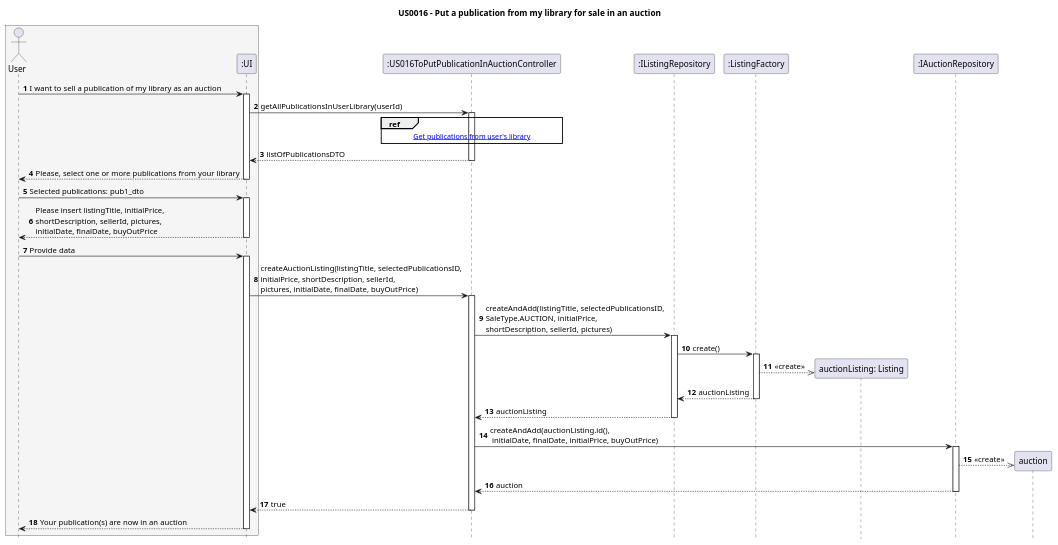
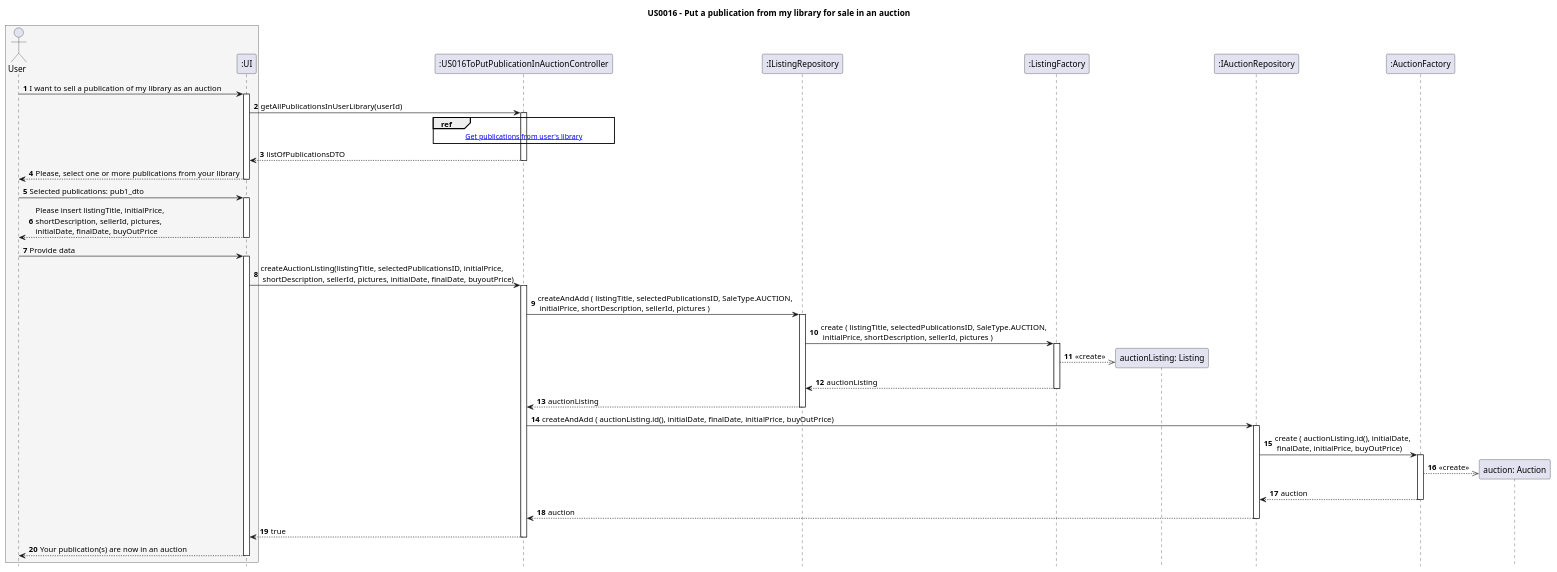
The diagram in Diagrams/SequenceDiagrams/N2/US016-to-put-for-sale-as-Auction-publication-in-my-library/1.MainDiagram.puml (AndrePereiraGitH/SWitCH-Project-Team_A), drawn with PlantUML before and after one commit. The commit also changed 3 other files, not shown here.

```diff
--- a/Diagrams/SequenceDiagrams/N2/US016-to-put-for-sale-as-Auction-publication-in-my-library/1.MainDiagram.puml
+++ b/Diagrams/SequenceDiagrams/N2/US016-to-put-for-sale-as-Auction-publication-in-my-library/1.MainDiagram.puml
@@ -1,65 +1,71 @@
 @startuml
 autonumber
 hide footbox
 title US0016 - Put a publication from my library for sale in an auction
 
 box #whitesmoke
     actor User
     participant ":UI" as UI
 end box
 
 participant ":US016ToPutPublicationInAuctionController" as ctrl
 participant ":IListingRepository" as ListingRepo
 participant ":ListingFactory" as listingFactory
 participant "auctionListing: Listing" as auctionListing
 
 participant ":IAuctionRepository" as AucRepo
+participant ":AuctionFactory" as aucFactory
+participant "auction: Auction" as auction
 
 User -> UI : I want to sell a publication of my library as an auction
 activate UI
 
 UI -> ctrl : getAllPublicationsInUserLibrary(userId)
 activate ctrl
 
 ref over ctrl
 [[2.GetAllPublicationsInUserLibrary.puml Get publications from user's library]]
 end ref
 
 ctrl --> UI : listOfPublicationsDTO
 deactivate ctrl
 
 UI --> User : Please, select one or more publications from your library
 deactivate UI
 
 User -> UI : Selected publications: pub1_dto
 activate UI
 UI --> User : Please insert listingTitle, initialPrice,\nshortDescription, sellerId, pictures,\ninitialDate, finalDate, buyOutPrice
 deactivate UI
 
 User -> UI : Provide data
 activate UI
-UI -> ctrl : createAuctionListing(listingTitle, selectedPublicationsID,\ninitialPrice, shortDescription, sellerId,\npictures, initialDate, finalDate, buyOutPrice)
+UI -> ctrl : createAuctionListing(listingTitle, selectedPublicationsID, initialPrice, \n shortDescription, sellerId, pictures, initialDate, finalDate, buyoutPrice)
 activate ctrl
 
-ctrl -> ListingRepo : createAndAdd(listingTitle, selectedPublicationsID,\nSaleType.AUCTION, initialPrice,\nshortDescription, sellerId, pictures)
+ctrl -> ListingRepo : createAndAdd ( listingTitle, selectedPublicationsID, SaleType.AUCTION,\n initialPrice, shortDescription, sellerId, pictures )
 activate ListingRepo
-ListingRepo -> listingFactory : create()
+ListingRepo -> listingFactory : create ( listingTitle, selectedPublicationsID, SaleType.AUCTION,\n initialPrice, shortDescription, sellerId, pictures )
 activate listingFactory
 listingFactory -->> auctionListing** : <<create>>
 listingFactory --> ListingRepo : auctionListing
 deactivate listingFactory
 ListingRepo --> ctrl : auctionListing
 deactivate ListingRepo
 
-ctrl -> AucRepo : createAndAdd(auctionListing.id(),\n initialDate, finalDate, initialPrice, buyOutPrice)
+ctrl -> AucRepo : createAndAdd ( auctionListing.id(), initialDate, finalDate, initialPrice, buyOutPrice)
 activate AucRepo
-AucRepo -->> auction** : <<create>>
+AucRepo -> aucFactory : create ( auctionListing.id(), initialDate,\n finalDate, initialPrice, buyOutPrice)
+activate aucFactory
+aucFactory -->> auction** : <<create>>
+aucFactory --> AucRepo : auction
+deactivate aucFactory
 AucRepo --> ctrl : auction
 deactivate AucRepo
 
 ctrl --> UI : true
 deactivate ctrl
 
 UI --> User : Your publication(s) are now in an auction
 deactivate UI
 @enduml
```
